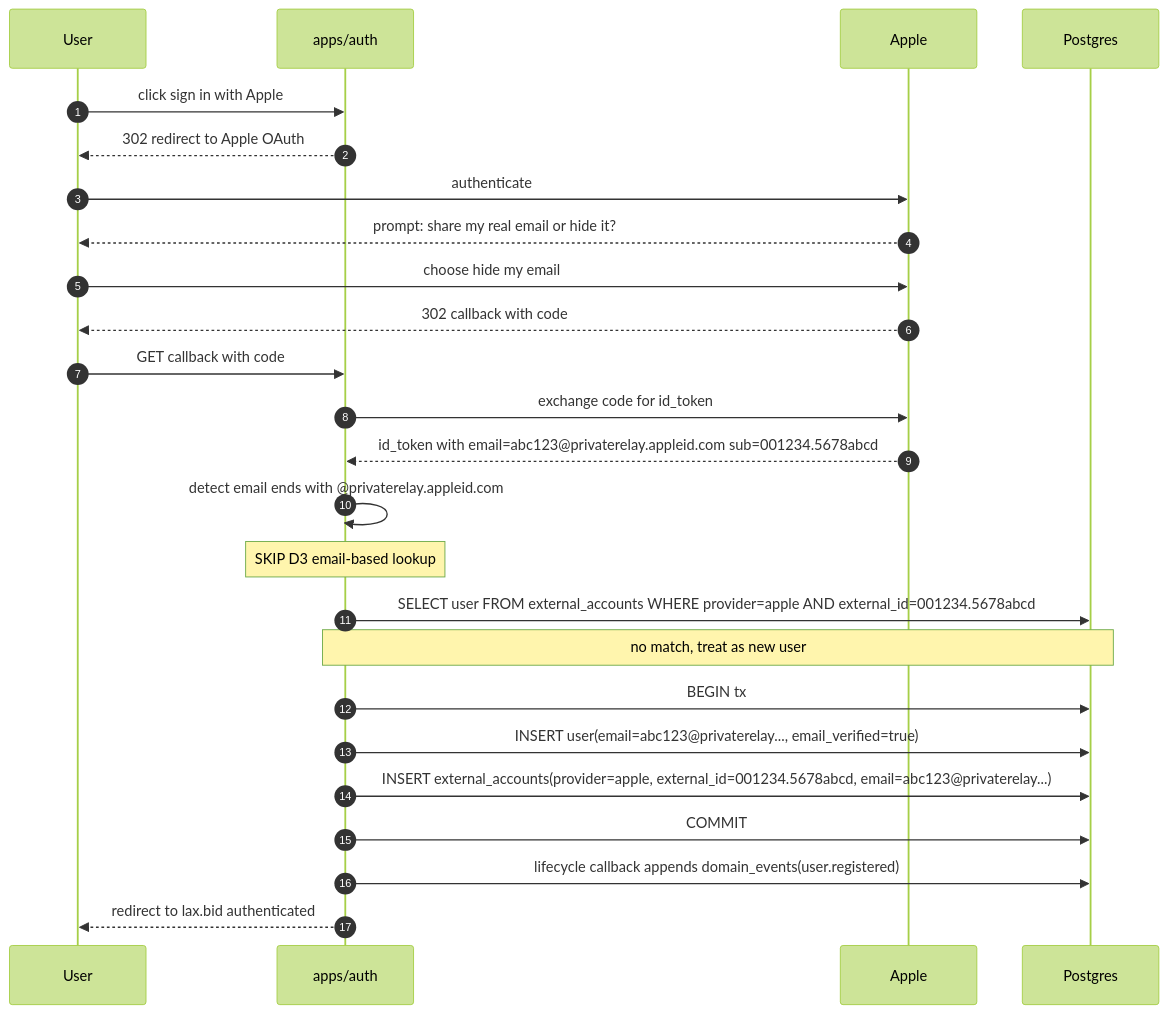
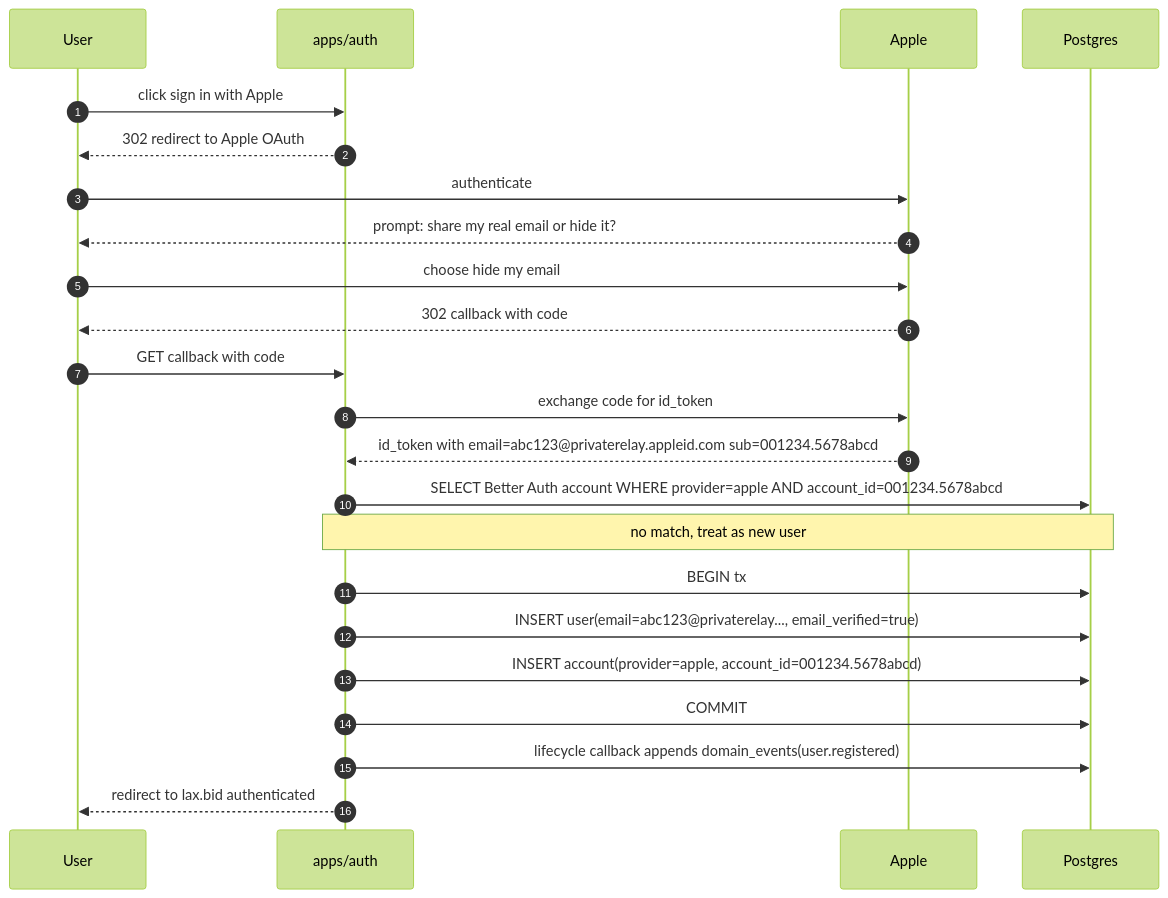
One commit to LAX-UK/monorepo changed the second of 3 diagrams in docs/architecture/05-identity-flow.md. Above: the diagram before and after it, drawn with Mermaid (forest theme). The commit also changed other lines of this file and 611 other files, not shown here.

````diff
--- a/docs/architecture/05-identity-flow.md
+++ b/docs/architecture/05-identity-flow.md
@@ -122,28 +100,26 @@
 ```mermaid
 sequenceDiagram
   autonumber
   participant U as User
   participant A as apps/auth
   participant Apple as Apple
   participant DB as Postgres
 
   U->>A: click sign in with Apple
   A-->>U: 302 redirect to Apple OAuth
   U->>Apple: authenticate
   Apple-->>U: prompt: share my real email or hide it?
   U->>Apple: choose hide my email
   Apple-->>U: 302 callback with code
   U->>A: GET callback with code
   A->>Apple: exchange code for id_token
   Apple-->>A: id_token with email=abc123@privaterelay.appleid.com sub=001234.5678abcd
-  A->>A: detect email ends with @privaterelay.appleid.com
-  Note over A: SKIP D3 email-based lookup
-  A->>DB: SELECT user FROM external_accounts WHERE provider=apple AND external_id=001234.5678abcd
+  A->>DB: SELECT Better Auth account WHERE provider=apple AND account_id=001234.5678abcd
   Note over A,DB: no match, treat as new user
   A->>DB: BEGIN tx
   A->>DB: INSERT user(email=abc123@privaterelay..., email_verified=true)
-  A->>DB: INSERT external_accounts(provider=apple, external_id=001234.5678abcd, email=abc123@privaterelay...)
+  A->>DB: INSERT account(provider=apple, account_id=001234.5678abcd)
   A->>DB: COMMIT
   A->>DB: lifecycle callback appends domain_events(user.registered)
   A-->>U: redirect to lax.bid authenticated
 ```
````
